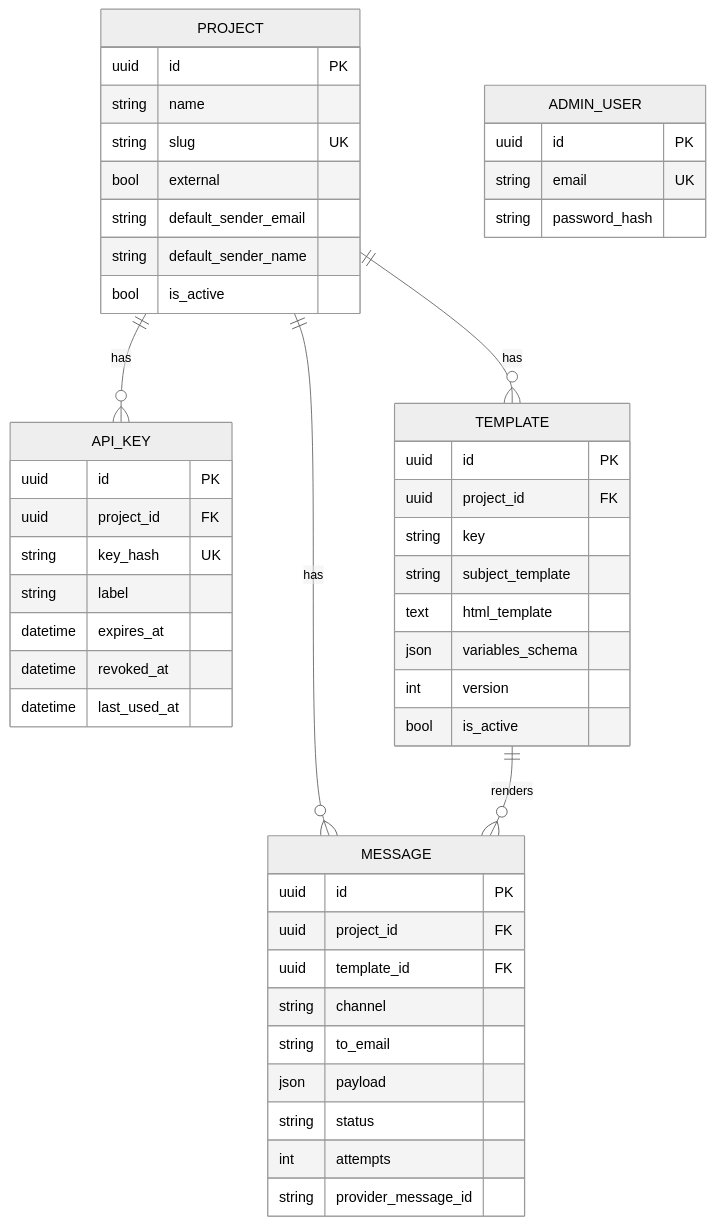
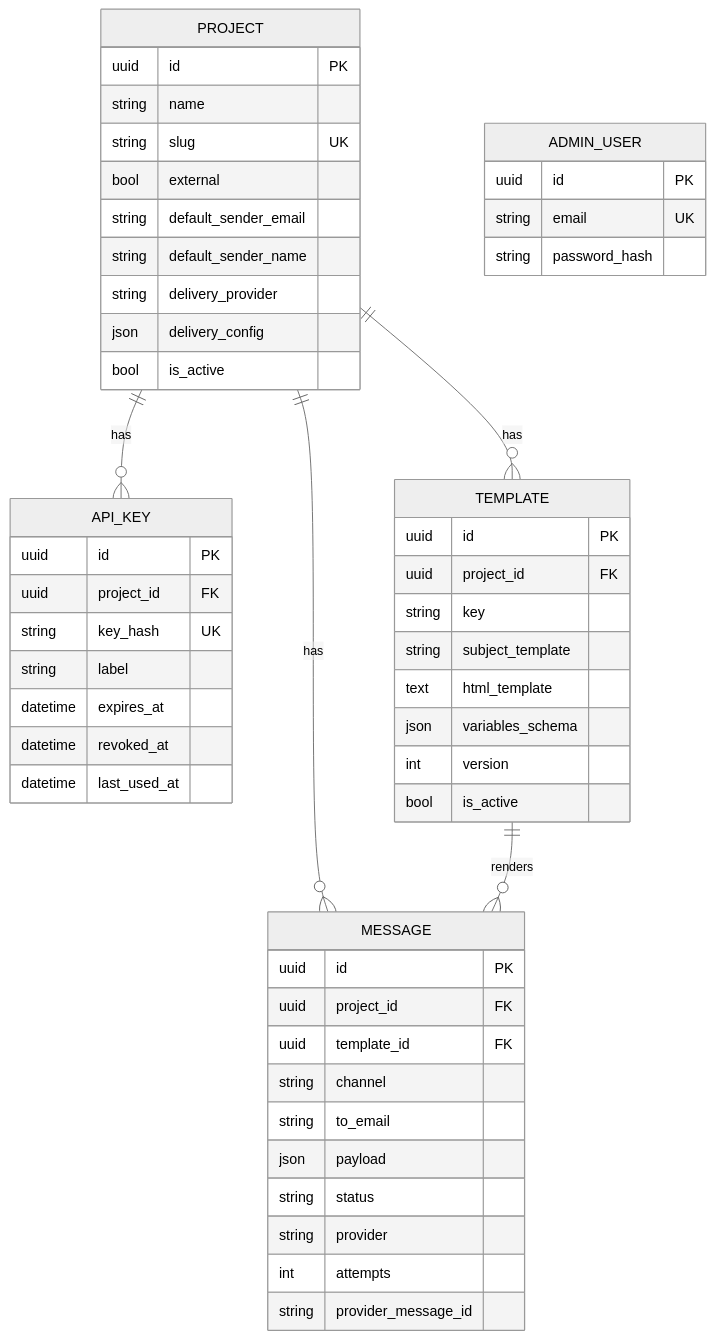
The third of 3 diagrams in README.md (acidevbutter/butter_relay), drawn with Mermaid (neutral theme) before and after one commit. The commit also changed other lines of this file and 7 other files, not shown here.

````diff
--- a/README.md
+++ b/README.md
@@ -82,52 +83,55 @@
 ```mermaid
 erDiagram
     PROJECT ||--o{ API_KEY : has
     PROJECT ||--o{ TEMPLATE : has
     PROJECT ||--o{ MESSAGE : has
     TEMPLATE ||--o{ MESSAGE : renders
 
     PROJECT {
         uuid id PK
         string name
         string slug UK
         bool external
         string default_sender_email
         string default_sender_name
+        string delivery_provider
+        json delivery_config
         bool is_active
     }
     API_KEY {
         uuid id PK
         uuid project_id FK
         string key_hash UK
         string label
         datetime expires_at
         datetime revoked_at
         datetime last_used_at
     }
     TEMPLATE {
         uuid id PK
         uuid project_id FK
         string key
         string subject_template
         text html_template
         json variables_schema
         int version
         bool is_active
     }
     MESSAGE {
         uuid id PK
         uuid project_id FK
         uuid template_id FK
         string channel
         string to_email
         json payload
         string status
+        string provider
         int attempts
         string provider_message_id
     }
     ADMIN_USER {
         uuid id PK
         string email UK
         string password_hash
     }
 ```
````
